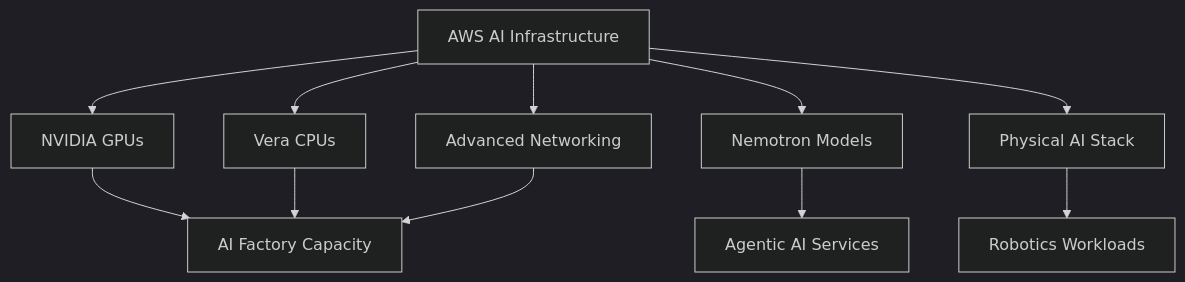
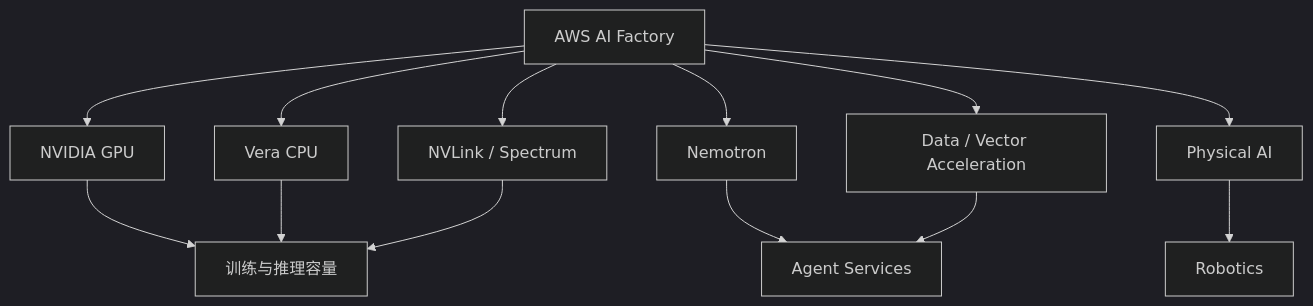
Before and after one commit to wlf186/ai-daily-headlines: the eighth of 22 diagrams in 260827.md, drawn with Mermaid (dark theme). The commit also changed other lines of this file, not shown here.

````diff
--- a/260827.md
+++ b/260827.md
@@ -250,13 +300,15 @@
 ```mermaid
 flowchart TD
-    AW1[AWS AI Infrastructure] --> AW2[NVIDIA GPUs]
-    AW1 --> AW3[Vera CPUs]
-    AW1 --> AW4[Advanced Networking]
-    AW1 --> AW5[Nemotron Models]
-    AW1 --> AW6[Physical AI Stack]
-    AW2 --> AW7[AI Factory Capacity]
-    AW3 --> AW7
-    AW4 --> AW7
-    AW5 --> AW8[Agentic AI Services]
-    AW6 --> AW9[Robotics Workloads]
+    A1[AWS AI Factory] --> A2[NVIDIA GPU]
+    A1 --> A3[Vera CPU]
+    A1 --> A4[NVLink / Spectrum]
+    A1 --> A5[Nemotron]
+    A1 --> A6[Data / Vector Acceleration]
+    A1 --> A7[Physical AI]
+    A2 --> A8[训练与推理容量]
+    A3 --> A8
+    A4 --> A8
+    A5 --> A9[Agent Services]
+    A6 --> A9
+    A7 --> A10[Robotics]
 ```
````
